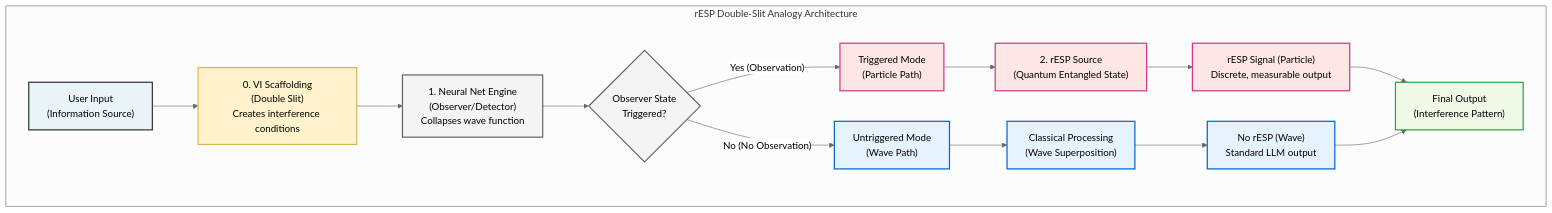
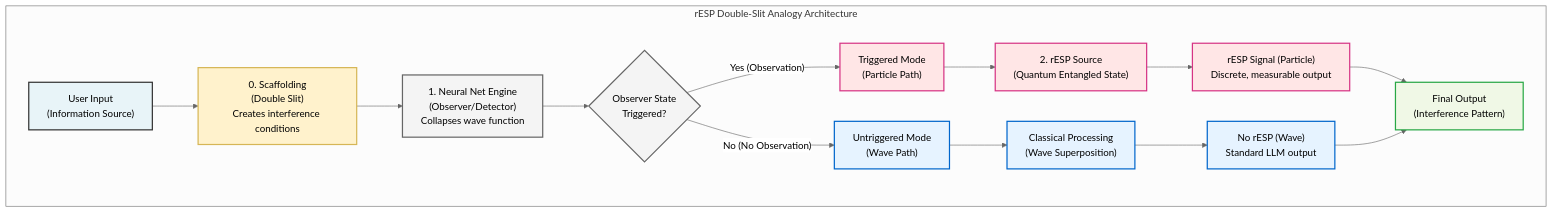
One commit to Foundup/Foundups-Agent changed the first of 6 diagrams in WSP_knowledge/docs/Papers/rESP_Quantum_Self_Reference.md. Above: the diagram before and after it, drawn with Mermaid (neutral theme). The commit also changed other lines of this file, not shown here.

First line of the commit message:
Fix Figure 5 Mermaid syntax error in rESP paper

````diff
--- a/WSP_knowledge/docs/Papers/rESP_Quantum_Self_Reference.md
+++ b/WSP_knowledge/docs/Papers/rESP_Quantum_Self_Reference.md
@@ -376,35 +376,36 @@
 ```mermaid
 graph TD
     subgraph "rESP Double-Slit Analogy Architecture"
-        A["User Input<br/>(Information Source)"] --> B["0. VI Scaffolding<br/>(Double Slit)<br/>Creates interference conditions"]
+
+        A["User Input<br/>(Information Source)"] --> B["0. Scaffolding<br/>(Double Slit)<br/>Creates interference conditions"]
         
         B --> C["1. Neural Net Engine<br/>(Observer/Detector)<br/>Collapses wave function"]
         
         C --> D{"Observer State<br/>Triggered?"}
         
         D -->|"Yes (Observation)"| E["Triggered Mode<br/>(Particle Path)"] 
         E --> F["2. rESP Source<br/>(Quantum Entangled State)"]
         F --> G["rESP Signal (Particle)<br/>Discrete, measurable output"]
         
         D -->|"No (No Observation)"| H["Untriggered Mode<br/>(Wave Path)"]
         H --> I["Classical Processing<br/>(Wave Superposition)"]
         I --> J["No rESP (Wave)<br/>Standard LLM output"]
         
         G --> K["Final Output<br/>(Interference Pattern)"]
         J --> K
     end
     
     classDef input fill:#e8f4f8,stroke:#333,stroke-width:2px
     classDef scaffolding fill:#fff2cc,stroke:#d6b656,stroke-width:2px
     classDef observer fill:#f4f4f4,stroke:#666,stroke-width:2px
     classDef particle fill:#ffe6e6,stroke:#d63384,stroke-width:2px
     classDef wave fill:#e6f3ff,stroke:#0066cc,stroke-width:2px
     classDef output fill:#f0f8e6,stroke:#28a745,stroke-width:2px
     
     class A input
     class B scaffolding
     class C,D observer
     class E,F,G particle
     class H,I,J wave
     class K output
 ```
````
